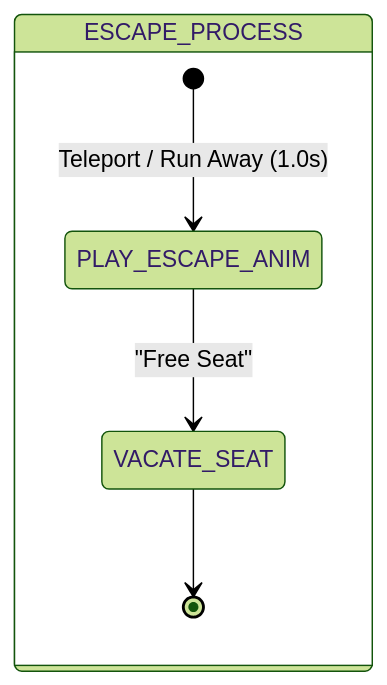
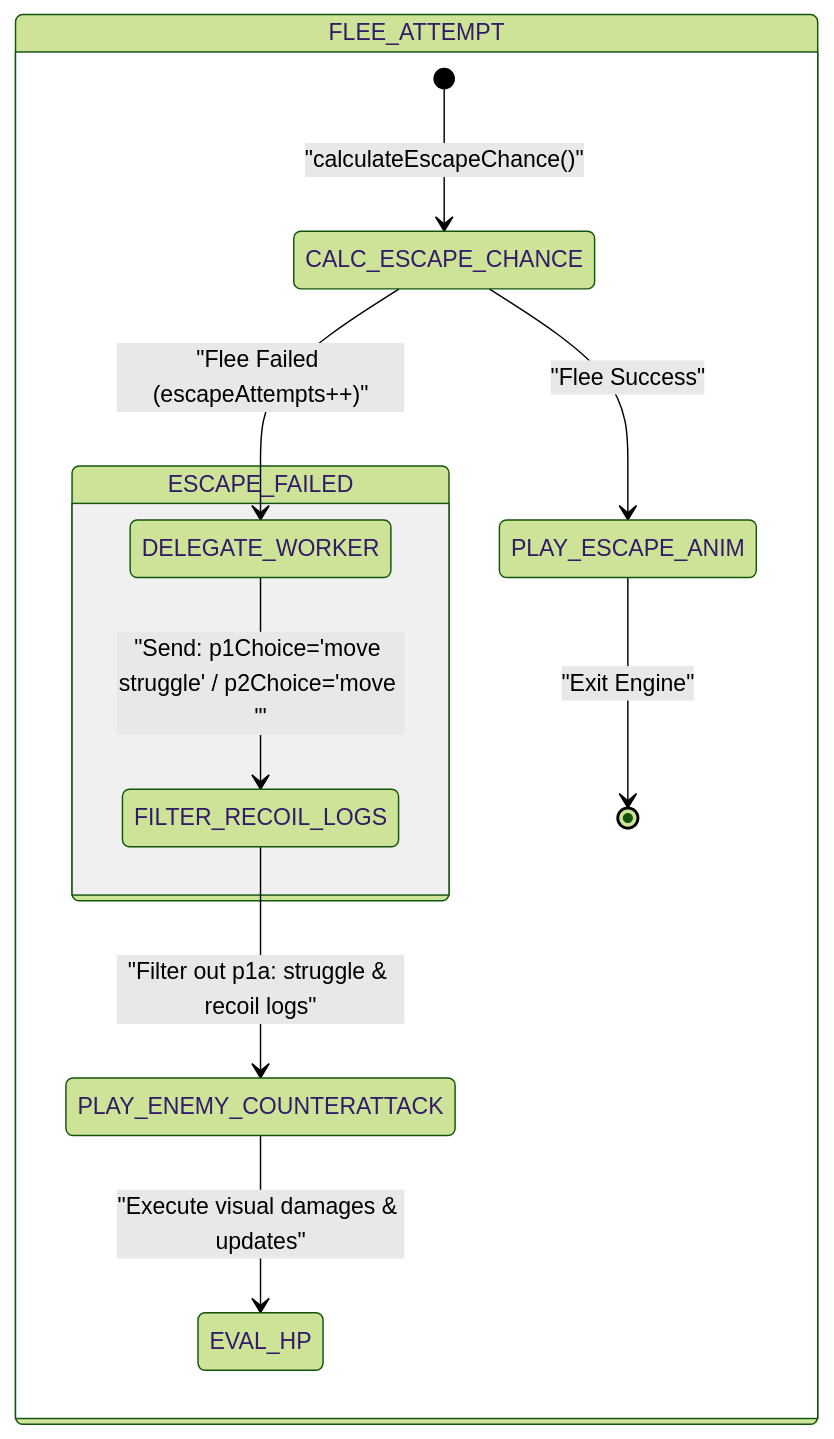
Before and after one commit to Darkham77/PokeBorrador: the eighth of 18 diagrams in .agents/skills/project-standards/references/battle/battle_mechanics_manual.md, drawn with Mermaid (forest theme). The commit also changed other lines of this file and 80 other files, not shown here.

````diff
--- a/.agents/skills/project-standards/references/battle/battle_mechanics_manual.md
+++ b/.agents/skills/project-standards/references/battle/battle_mechanics_manual.md
@@ -599,8 +598,16 @@
 ```mermaid
 stateDiagram-v2
-    state ESCAPE_PROCESS {
-        [*] --> PLAY_ESCAPE_ANIM : Teleport / Run Away (1.0s)
-        PLAY_ESCAPE_ANIM --> VACATE_SEAT : "Free Seat"
-        VACATE_SEAT --> [*]
+    state FLEE_ATTEMPT {
+        [*] --> CALC_ESCAPE_CHANCE : "calculateEscapeChance()"
+        
+        state ESCAPE_FAILED {
+            CALC_ESCAPE_CHANCE --> DELEGATE_WORKER : "Flee Failed (escapeAttempts++)"
+            DELEGATE_WORKER --> FILTER_RECOIL_LOGS : "Send: p1Choice='move struggle' / p2Choice='move <enemy_move>'"
+            FILTER_RECOIL_LOGS --> PLAY_ENEMY_COUNTERATTACK : "Filter out p1a: struggle & recoil logs"
+        }
+        
+        PLAY_ENEMY_COUNTERATTACK --> EVAL_HP : "Execute visual damages & updates"
+        CALC_ESCAPE_CHANCE --> PLAY_ESCAPE_ANIM : "Flee Success"
+        PLAY_ESCAPE_ANIM --> [*] : "Exit Engine"
     }
 ```
````
